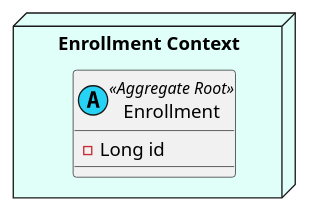
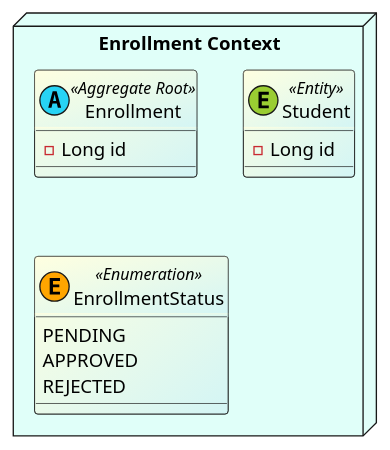
Before and after one commit to demy-project/api: the diagram in docs/domain-diagram.puml, drawn with PlantUML.

Commit message:
docs: enhance domain diagram with Enrollment and Student classes

```diff
--- a/docs/domain-diagram.puml
+++ b/docs/domain-diagram.puml
@@ -1,9 +1,22 @@
 @startuml Demy Domain Diagram
 
+skinparam class {
+    BackgroundColor LightYellow/D3F5F5
+    ArrowColor SeaGreen
+}
+
 package "Enrollment Context" <<Node>> #E0FFF9 {
-    class Enrollment << (A, #27D3F5) Aggregate Root>> {
+    class Enrollment <<(A, #27D3F5) Aggregate Root>> {
         - Long id
+    }
+    class Student <<(E, #9ACD32) Entity>> {
+        - Long id
+    }
+    enum EnrollmentStatus <<(E, #FFA500) Enumeration>> {
+        PENDING
+        APPROVED
+        REJECTED
     }
 }
 
 @enduml
```
